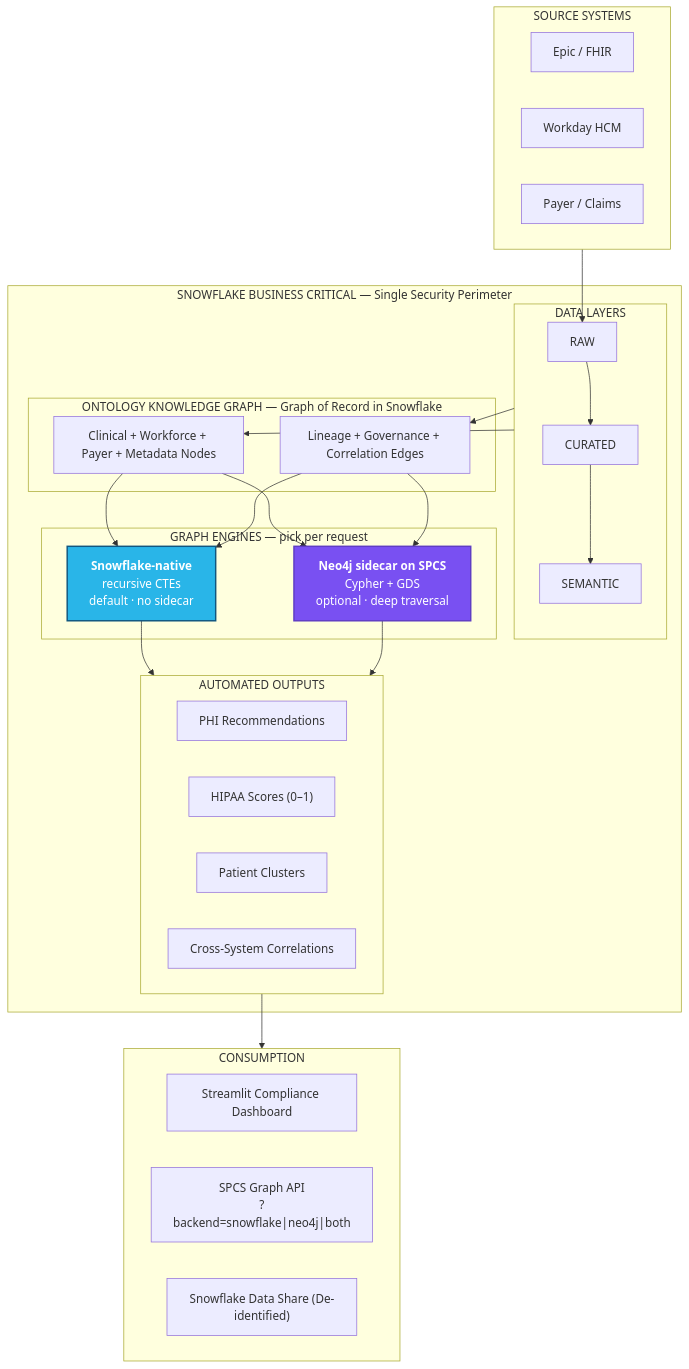
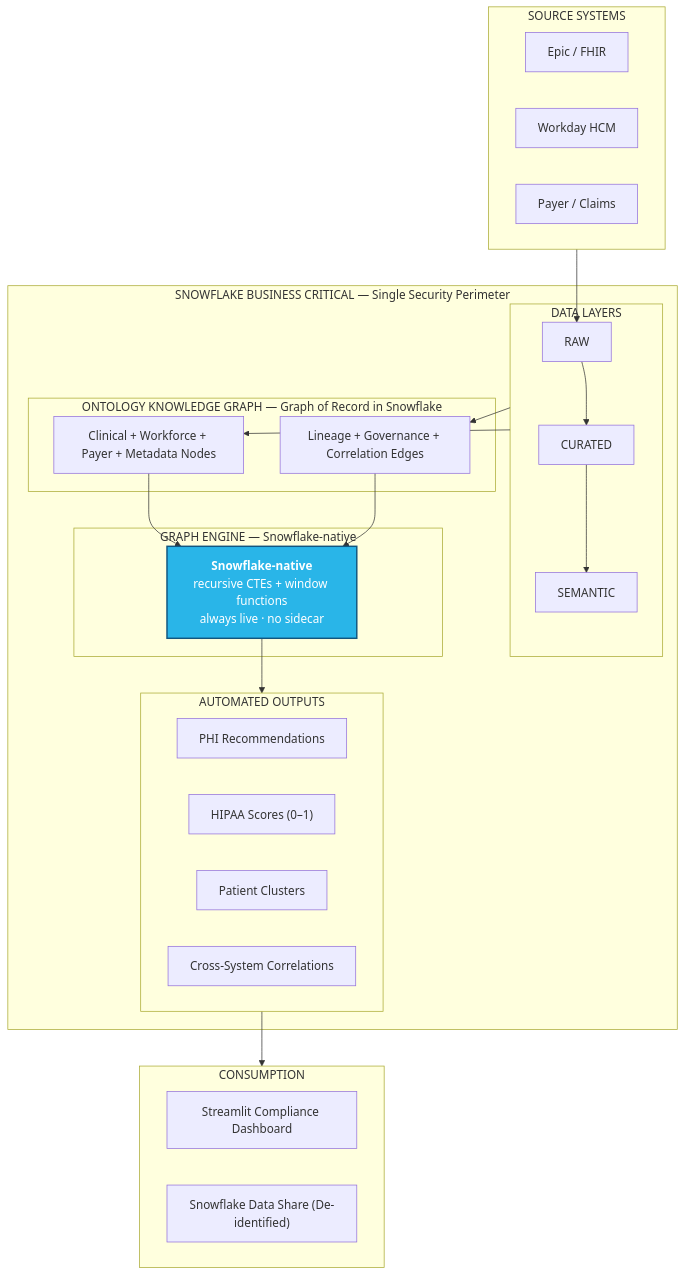
One commit to sfc-gh-smitchener-1/snowflake-dca-fullstack-demo changed the second of 4 diagrams in industry-demos/hcls/SLIDE_DECK_TALK_TRACK.md. Above: the diagram before and after it, drawn with Mermaid. The commit also changed other lines of this file and 149 other files, not shown here.

````diff
--- a/industry-demos/hcls/SLIDE_DECK_TALK_TRACK.md
+++ b/industry-demos/hcls/SLIDE_DECK_TALK_TRACK.md
@@ -258,47 +258,40 @@
 ```mermaid
 flowchart TB
     subgraph SOURCES["SOURCE SYSTEMS"]
         EHR["Epic / FHIR"]
         WD["Workday HCM"]
         PAYER["Payer / Claims"]
     end
     subgraph SNOWFLAKE["SNOWFLAKE BUSINESS CRITICAL — Single Security Perimeter"]
         subgraph DATA["DATA LAYERS"]
             RAW["RAW"] --> CURATED["CURATED"] --> SEMANTIC["SEMANTIC"]
         end
         subgraph GRAPH["ONTOLOGY KNOWLEDGE GRAPH — Graph of Record in Snowflake"]
             NODES["Clinical + Workforce + Payer + Metadata Nodes"]
             EDGES["Lineage + Governance + Correlation Edges"]
         end
-        subgraph ENGINES["GRAPH ENGINES — pick per request"]
-            SF_ENG["<b>Snowflake-native</b><br/>recursive CTEs<br/>default · no sidecar"]
-            NEO_ENG["<b>Neo4j sidecar on SPCS</b><br/>Cypher + GDS<br/>optional · deep traversal"]
+        subgraph ENGINES["GRAPH ENGINE — Snowflake-native"]
+            SF_ENG["<b>Snowflake-native</b><br/>recursive CTEs + window functions<br/>always live · no sidecar"]
         end
         subgraph OUTPUTS["AUTOMATED OUTPUTS"]
             RECS["PHI Recommendations"]
             SCORES["HIPAA Scores (0–1)"]
             CLUSTERS["Patient Clusters"]
             CORR["Cross-System Correlations"]
         end
     end
     subgraph CONSUME["CONSUMPTION"]
         SIS["Streamlit Compliance Dashboard"]
-        API["SPCS Graph API<br/>?backend=snowflake|neo4j|both"]
         SHARE["Snowflake Data Share (De-identified)"]
     end
     SOURCES --> RAW
     DATA --> NODES
     DATA --> EDGES
     NODES --> SF_ENG
     EDGES --> SF_ENG
-    NODES --> NEO_ENG
-    EDGES --> NEO_ENG
     SF_ENG --> OUTPUTS
-    NEO_ENG --> OUTPUTS
     OUTPUTS --> CONSUME
 
     classDef snowflake fill:#29B5E8,stroke:#11567F,color:#fff,stroke-width:2px
-    classDef graphdb fill:#7950F2,stroke:#5F3DC4,color:#fff,stroke-width:2px
     class SF_ENG snowflake
-    class NEO_ENG graphdb
 ```
````
